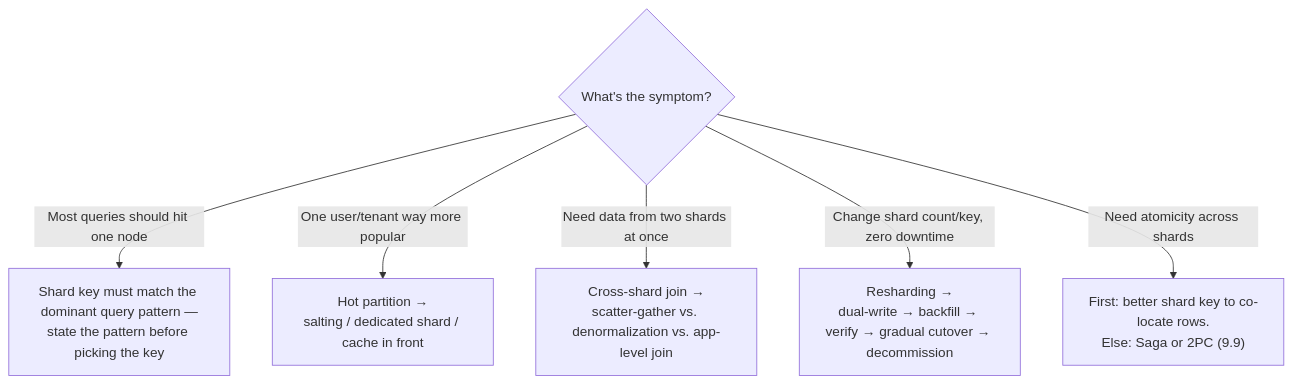
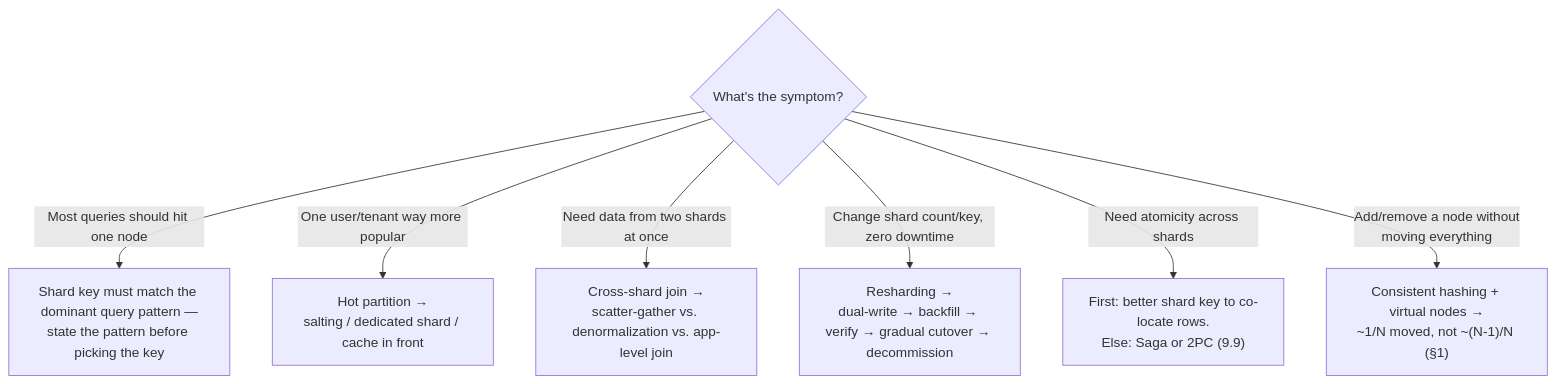
Diagram 13 of 13 in system-design/HLD/0-course/9.7 Partitioning and Sharding - Deep Dive.md (riyaz-pasha/Learnings), drawn with Mermaid before and after one commit. The commit also changed other lines of this file and 50 other files, not shown here.

````diff
--- a/system-design/HLD/0-course/9.7 Partitioning and Sharding - Deep Dive.md
+++ b/system-design/HLD/0-course/9.7 Partitioning and Sharding - Deep Dive.md
@@ -253,9 +329,10 @@
 ```mermaid
 flowchart TD
     Q{"What's the symptom?"}
     Q -->|"Most queries should hit one node"| A["Shard key must match the dominant query pattern —<br/>state the pattern before picking the key"]
     Q -->|"One user/tenant way more popular"| B["Hot partition →<br/>salting / dedicated shard / cache in front"]
     Q -->|"Need data from two shards at once"| C["Cross-shard join →<br/>scatter-gather vs. denormalization vs. app-level join"]
     Q -->|"Change shard count/key, zero downtime"| D["Resharding →<br/>dual-write → backfill → verify → gradual cutover → decommission"]
     Q -->|"Need atomicity across shards"| E["First: better shard key to co-locate rows.<br/>Else: Saga or 2PC (9.9)"]
+    Q -->|"Add/remove a node without<br/>moving everything"| F["Consistent hashing + virtual nodes →<br/>~1/N moved, not ~(N-1)/N (§1)"]
 ```
````
